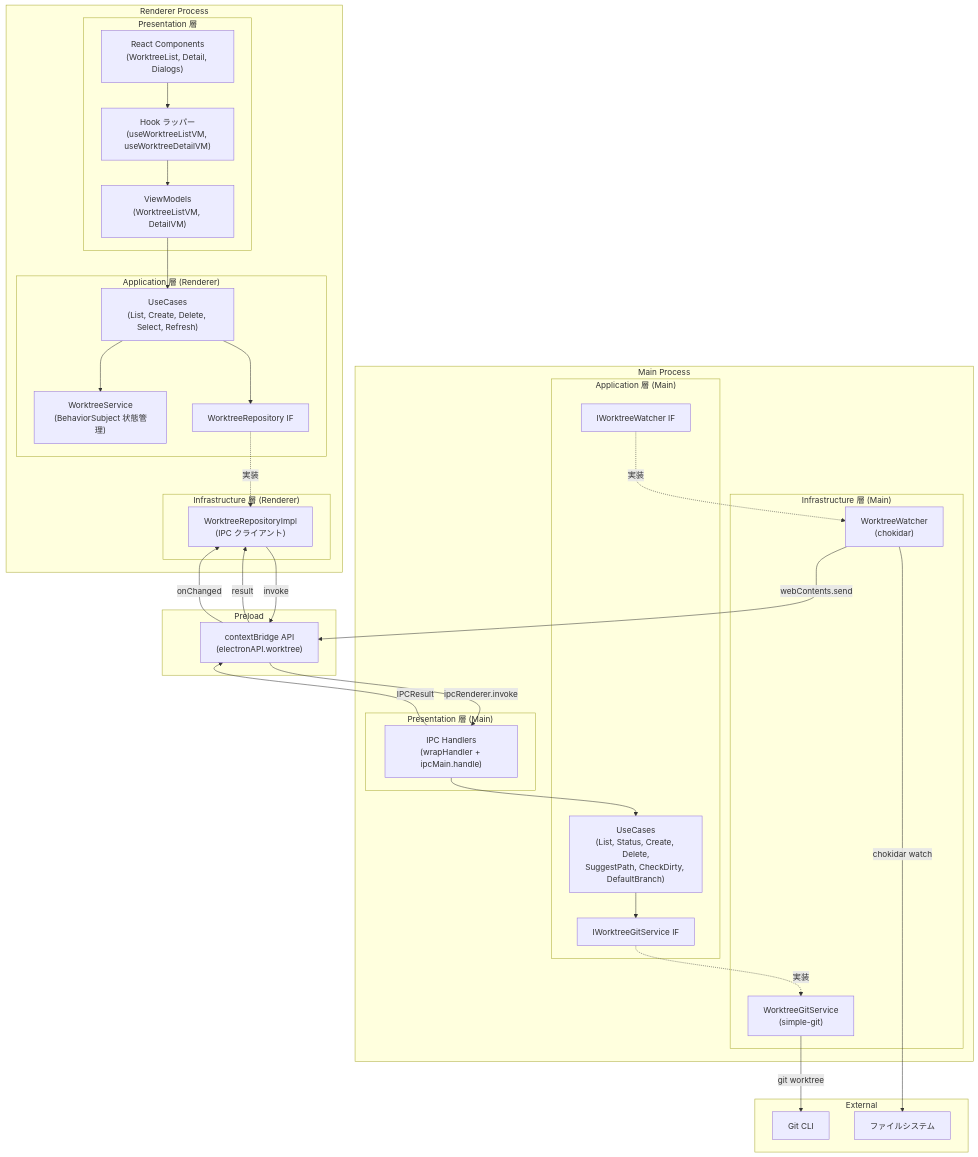
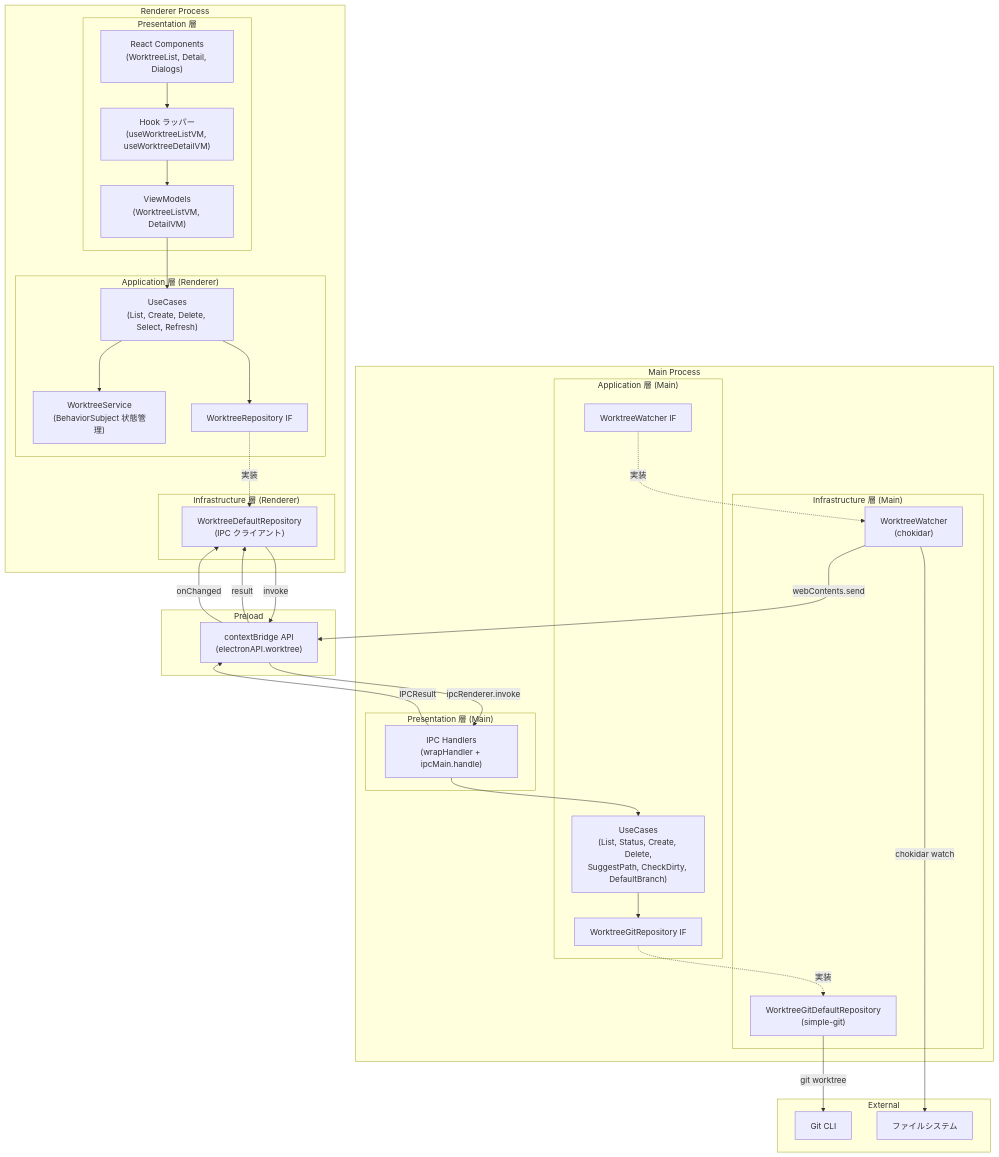
One commit to ToshikiImagawa/Buruma changed the first of 2 diagrams in .sdd/specification/worktree-management_design.md. Above: the diagram before and after it, drawn with Mermaid. The commit also changed other lines of this file and 90 other files, not shown here.

````diff
--- a/.sdd/specification/worktree-management_design.md
+++ b/.sdd/specification/worktree-management_design.md
@@ -95,61 +95,61 @@
 ```mermaid
 graph TD
     subgraph "Renderer Process"
         subgraph "Presentation 層"
             Components["React Components<br/>(WorktreeList, Detail, Dialogs)"]
             VMs["ViewModels<br/>(WorktreeListVM, DetailVM)"]
             Hooks["Hook ラッパー<br/>(useWorktreeListVM, useWorktreeDetailVM)"]
             Components --> Hooks
             Hooks --> VMs
         end
         subgraph "Application 層 (Renderer)"
             RUCs["UseCases<br/>(List, Create, Delete, Select, Refresh)"]
             RService["WorktreeService<br/>(BehaviorSubject 状態管理)"]
             RRepoIF["WorktreeRepository IF"]
             VMs --> RUCs
             RUCs --> RService
             RUCs --> RRepoIF
         end
         subgraph "Infrastructure 層 (Renderer)"
-            RRepoImpl["WorktreeRepositoryImpl<br/>(IPC クライアント)"]
-            RRepoIF -.->|"実装"| RRepoImpl
+            RRepoDefault["WorktreeDefaultRepository<br/>(IPC クライアント)"]
+            RRepoIF -.->|"実装"| RRepoDefault
         end
     end
 
     subgraph "Preload"
         Bridge["contextBridge API<br/>(electronAPI.worktree)"]
     end
 
     subgraph "Main Process"
         subgraph "Presentation 層 (Main)"
             IPCHandlers["IPC Handlers<br/>(wrapHandler + ipcMain.handle)"]
         end
         subgraph "Application 層 (Main)"
             MUC["UseCases<br/>(List, Status, Create, Delete,<br/>SuggestPath, CheckDirty, DefaultBranch)"]
-            MGitIF["IWorktreeGitService IF"]
-            MWatcherIF["IWorktreeWatcher IF"]
+            MGitIF["WorktreeGitRepository IF"]
+            MWatcherIF["WorktreeWatcher IF"]
             IPCHandlers --> MUC
             MUC --> MGitIF
         end
         subgraph "Infrastructure 層 (Main)"
-            MGitImpl["WorktreeGitService<br/>(simple-git)"]
+            MGitDefault["WorktreeGitDefaultRepository<br/>(simple-git)"]
             MWatcher["WorktreeWatcher<br/>(chokidar)"]
-            MGitIF -.->|"実装"| MGitImpl
+            MGitIF -.->|"実装"| MGitDefault
             MWatcherIF -.->|"実装"| MWatcher
         end
     end
 
     subgraph "External"
         Git[Git CLI]
         FS[ファイルシステム]
     end
 
-    RRepoImpl -->|"invoke"| Bridge
+    RRepoDefault -->|"invoke"| Bridge
     Bridge -->|"ipcRenderer.invoke"| IPCHandlers
     IPCHandlers -->|"IPCResult"| Bridge
-    Bridge -->|"result"| RRepoImpl
+    Bridge -->|"result"| RRepoDefault
     MWatcher -->|"webContents.send"| Bridge
-    Bridge -->|"onChanged"| RRepoImpl
-    MGitImpl -->|"git worktree"| Git
+    Bridge -->|"onChanged"| RRepoDefault
+    MGitDefault -->|"git worktree"| Git
     MWatcher -->|"chokidar watch"| FS
 ```
````
